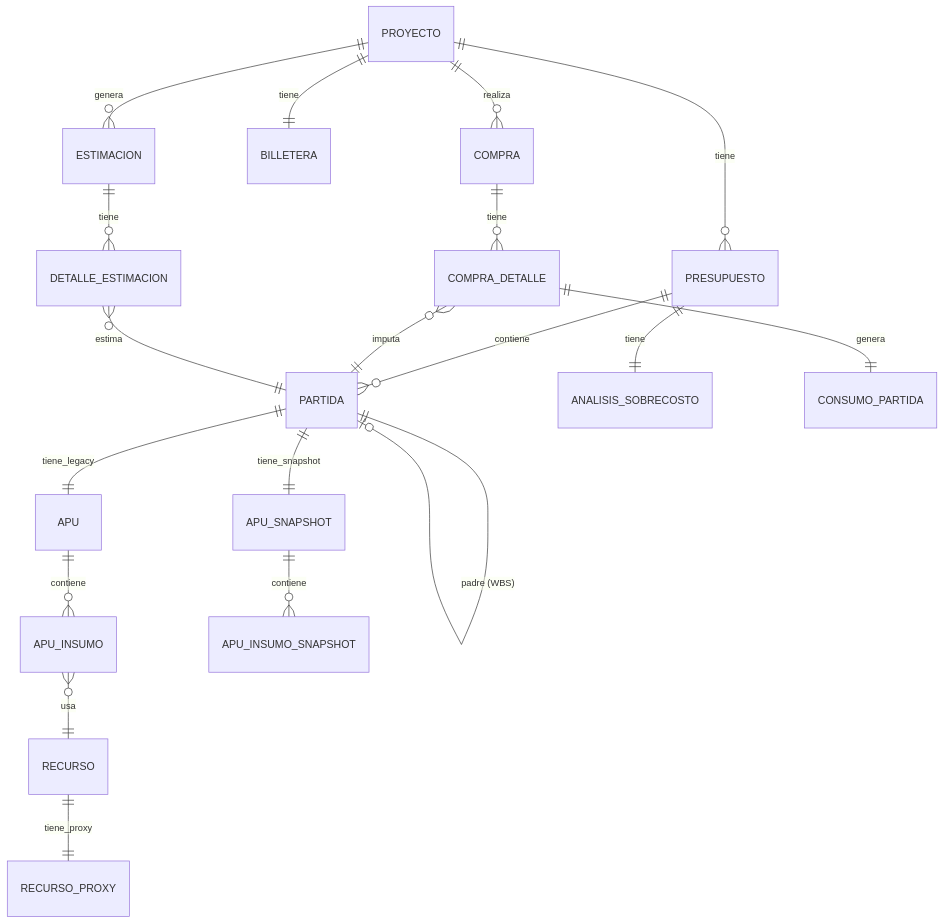
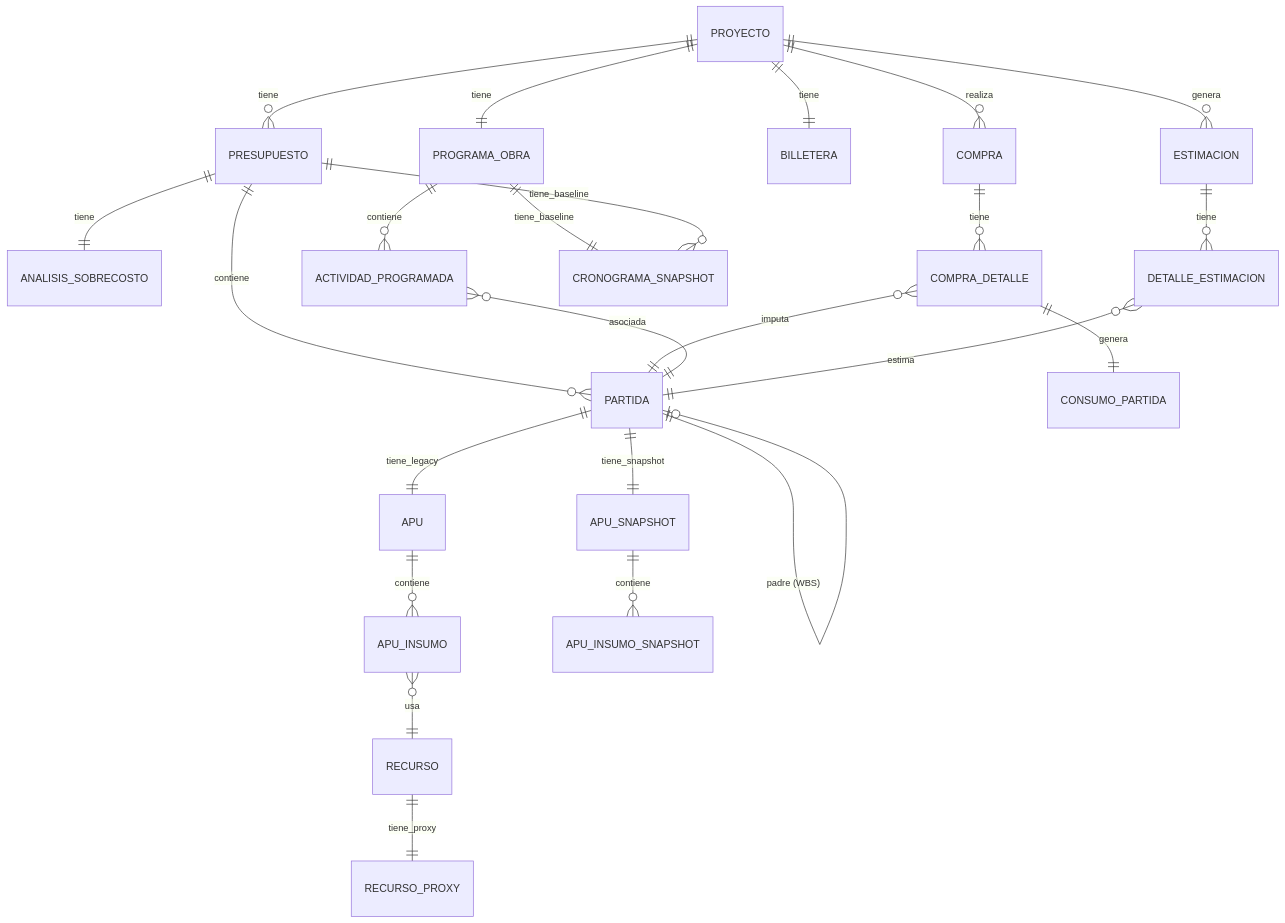
The first of 2 diagrams in docs/DOMAIN_MODEL.md (carleetho/budgetpro), drawn with Mermaid before and after one commit. The commit also changed other lines of this file and 76 other files, not shown here.

First line of the commit message:
feat: implement Domain Validator for BudgetPro System Roadmap Generation & MODULO TIEMPO

````diff
--- a/docs/DOMAIN_MODEL.md
+++ b/docs/DOMAIN_MODEL.md
@@ -176,28 +253,34 @@
 ```mermaid
 erDiagram
     PROYECTO ||--o{ PRESUPUESTO : "tiene"
     PROYECTO ||--o{ COMPRA : "realiza"
     PROYECTO ||--|| BILLETERA : "tiene"
+    PROYECTO ||--|| PROGRAMA_OBRA : "tiene"
     
     PRESUPUESTO ||--o{ PARTIDA : "contiene"
     PRESUPUESTO ||--|| ANALISIS_SOBRECOSTO : "tiene"
     
     PARTIDA ||--o| PARTIDA : "padre (WBS)"
     PARTIDA ||--|| APU : "tiene_legacy"
     PARTIDA ||--|| APU_SNAPSHOT : "tiene_snapshot"
     
     APU ||--o{ APU_INSUMO : "contiene"
     APU_INSUMO }o--|| RECURSO : "usa"
     
     APU_SNAPSHOT ||--o{ APU_INSUMO_SNAPSHOT : "contiene"
     
     RECURSO ||--|| RECURSO_PROXY : "tiene_proxy"
     
     COMPRA ||--o{ COMPRA_DETALLE : "tiene"
     COMPRA_DETALLE }o--|| PARTIDA : "imputa"
     COMPRA_DETALLE ||--|| CONSUMO_PARTIDA : "genera"
     
+    PROGRAMA_OBRA ||--o{ ACTIVIDAD_PROGRAMADA : "contiene"
+    PROGRAMA_OBRA ||--|| CRONOGRAMA_SNAPSHOT : "tiene_baseline"
+    ACTIVIDAD_PROGRAMADA }o--|| PARTIDA : "asociada"
+    PRESUPUESTO ||--o{ CRONOGRAMA_SNAPSHOT : "tiene_baseline"
+    
     PROYECTO ||--o{ ESTIMACION : "genera"
     ESTIMACION ||--o{ DETALLE_ESTIMACION : "tiene"
     DETALLE_ESTIMACION }o--|| PARTIDA : "estima"
 ```
````
